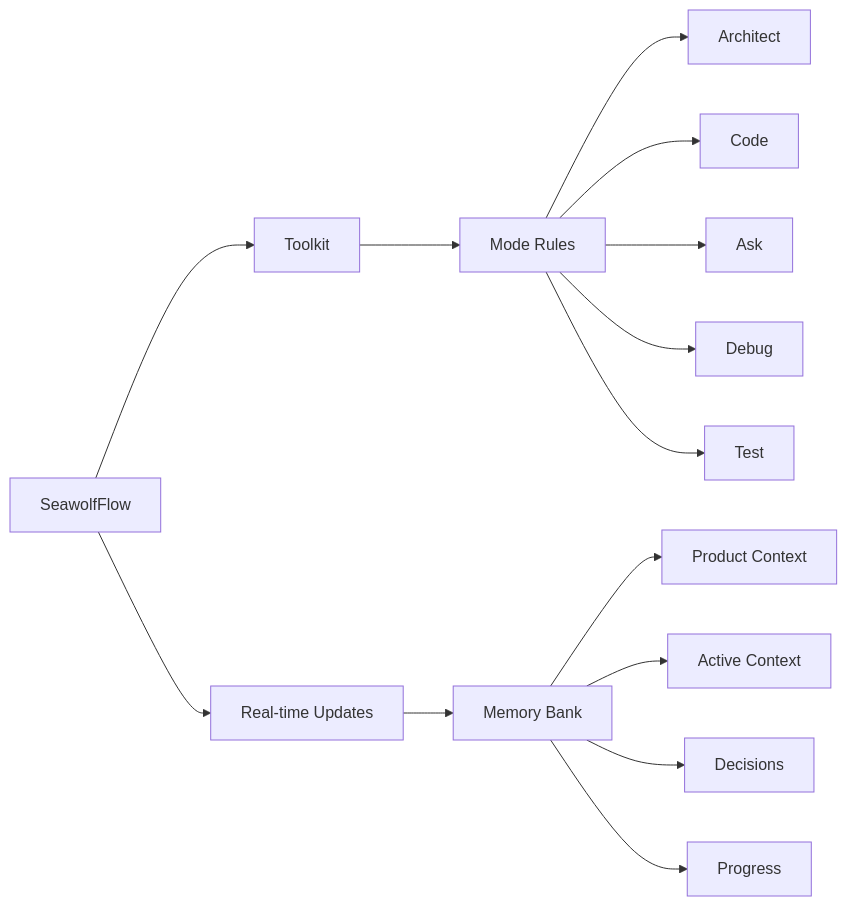
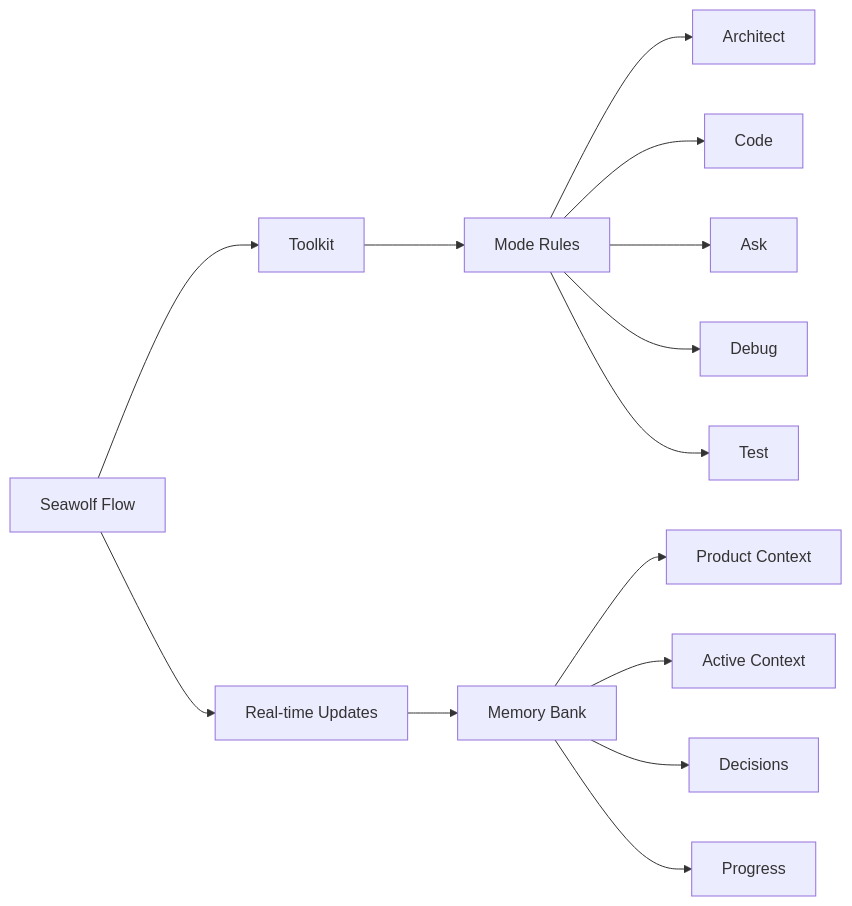
One commit to Opensourceful/WolfFlow changed the diagram in README.md. Above: the diagram before and after it, drawn with Mermaid. The commit also changed other lines of this file, not shown here.

````diff
--- a/README.md
+++ b/README.md
@@ -34,9 +34,9 @@
 ```mermaid
 flowchart LR
-    A["SeawolfFlow"] --> D["Toolkit"]
-    A["SeawolfFlow"] --> M["Real-time Updates"]
+    A["Seawolf Flow"] --> D["Toolkit"]
+    A["Seawolf Flow"] --> M["Real-time Updates"]
     D --> C["Mode Rules"]
     B["Memory Bank"] --> E["Product Context"] & N["Active Context"] & F["Decisions"] & G["Progress"]
     C --> H["Architect"] & I["Code"] & J["Ask"] & K["Debug"] & L["Test"]
     M["Real-time Updates"] --> B
 ```
````
